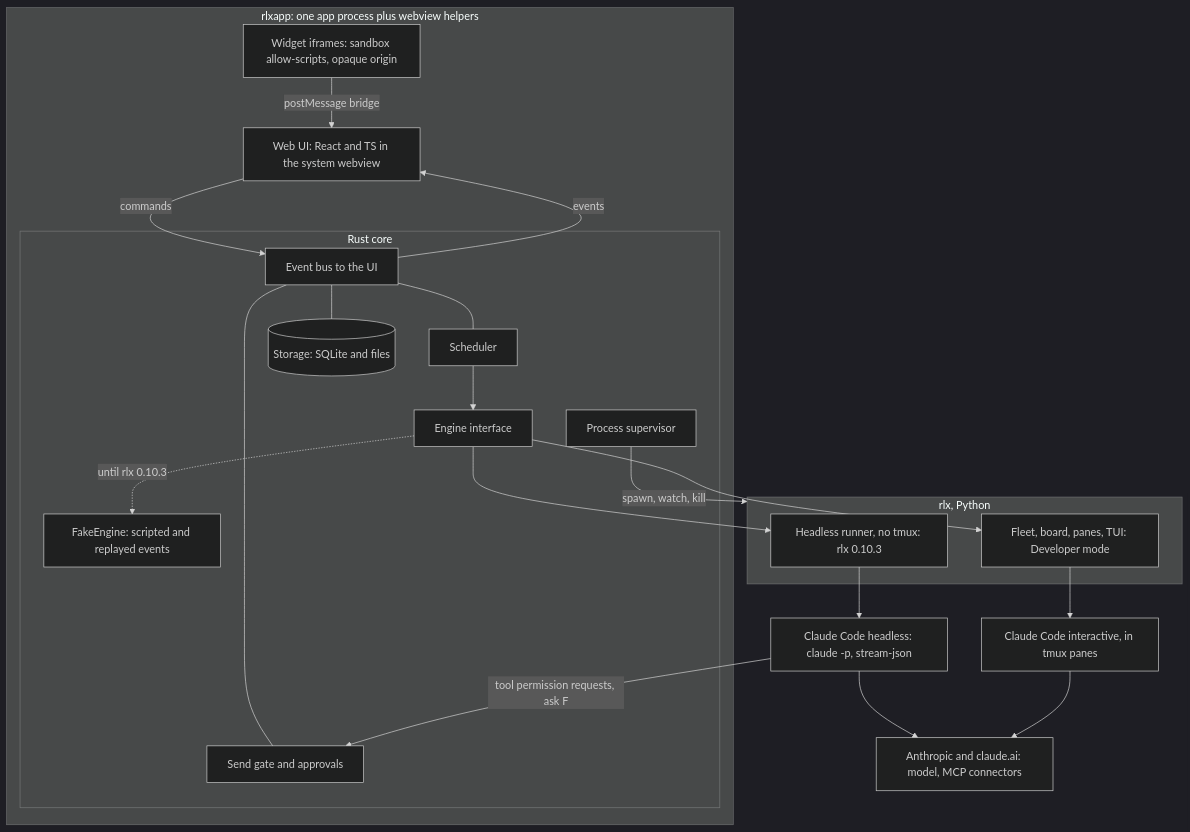
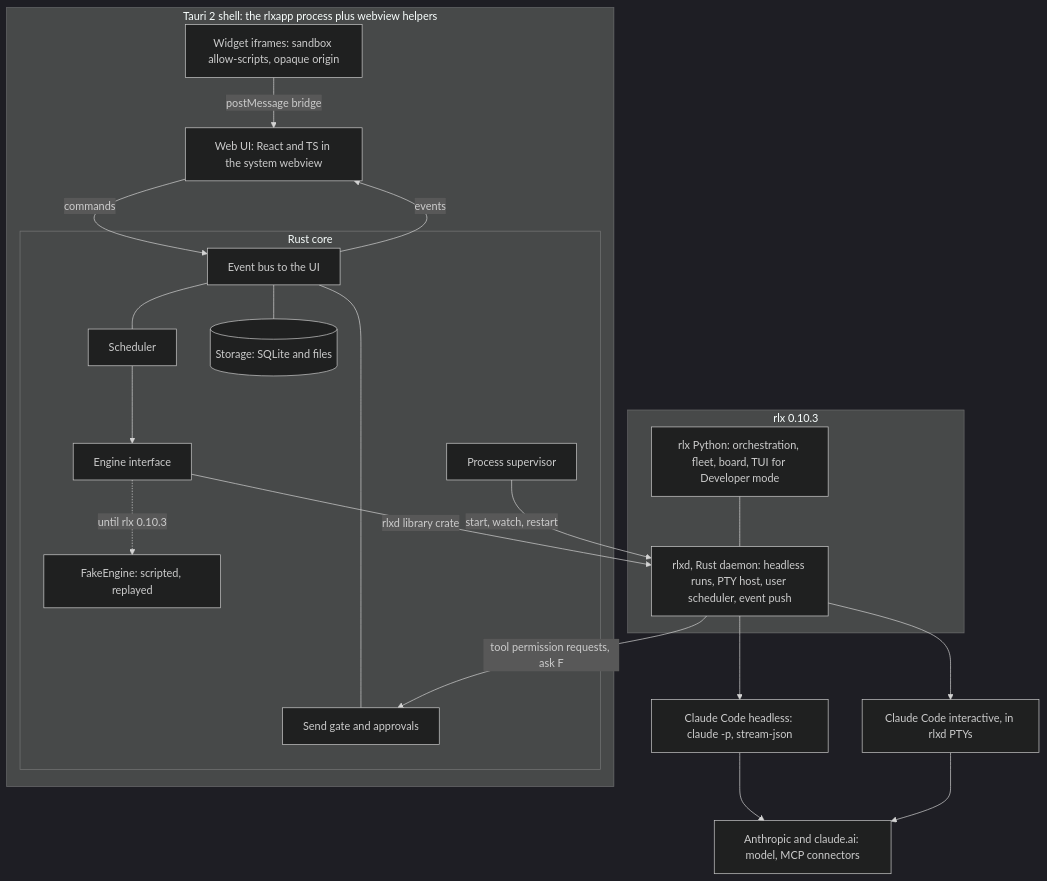
One commit to AISquare-Studio/rlxapp changed the first of 2 diagrams in docs/architecture.md. Above: the diagram before and after it, drawn with Mermaid (dark theme). The commit also changed other lines of this file, not shown here.

First line of the commit message:
docs: address review of the architecture doc

````diff
--- a/docs/architecture.md
+++ b/docs/architecture.md
@@ -28,40 +25,40 @@
 ```mermaid
 flowchart TB
-  subgraph APP["rlxapp: one app process plus webview helpers"]
+  subgraph APP["Tauri 2 shell: the rlxapp process plus webview helpers"]
     UI["Web UI: React and TS in the system webview"]
     WID["Widget iframes: sandbox allow-scripts, opaque origin"]
     subgraph CORE["Rust core"]
       BUS["Event bus to the UI"]
       SUP["Process supervisor"]
       SCH["Scheduler"]
       GATE["Send gate and approvals"]
       STO[("Storage: SQLite and files")]
       ENG["Engine interface"]
-      FAKE["FakeEngine: scripted and replayed events"]
+      FAKE["FakeEngine: scripted, replayed"]
     end
   end
-  subgraph RLX["rlx, Python"]
-    RUN["Headless runner, no tmux: rlx 0.10.3"]
-    FLEET["Fleet, board, panes, TUI: Developer mode"]
+  subgraph RLX["rlx 0.10.3"]
+    RLXD["rlxd, Rust daemon: headless runs, PTY host, user scheduler, event push"]
+    PY["rlx Python: orchestration, fleet, board, TUI for Developer mode"]
   end
   CC["Claude Code headless: claude -p, stream-json"]
-  CCI["Claude Code interactive, in tmux panes"]
+  CCI["Claude Code interactive, in rlxd PTYs"]
   CLOUD["Anthropic and claude.ai: model, MCP connectors"]
 
   UI -->|"commands"| BUS
   BUS -->|"events"| UI
   WID -->|"postMessage bridge"| UI
   BUS --- SCH
   BUS --- GATE
   BUS --- STO
   SCH --> ENG
   ENG -.->|"until rlx 0.10.3"| FAKE
-  ENG --> RUN
-  ENG --> FLEET
-  SUP -->|"spawn, watch, kill"| RLX
-  RUN --> CC
-  FLEET --> CCI
+  ENG -->|"rlxd library crate"| RLXD
+  SUP -->|"start, watch, restart"| RLXD
+  PY --- RLXD
+  RLXD --> CC
+  RLXD --> CCI
   CC --> CLOUD
   CCI --> CLOUD
-  CC -->|"tool permission requests, ask F"| GATE
+  RLXD -->|"tool permission requests, ask F"| GATE
 ```
````
